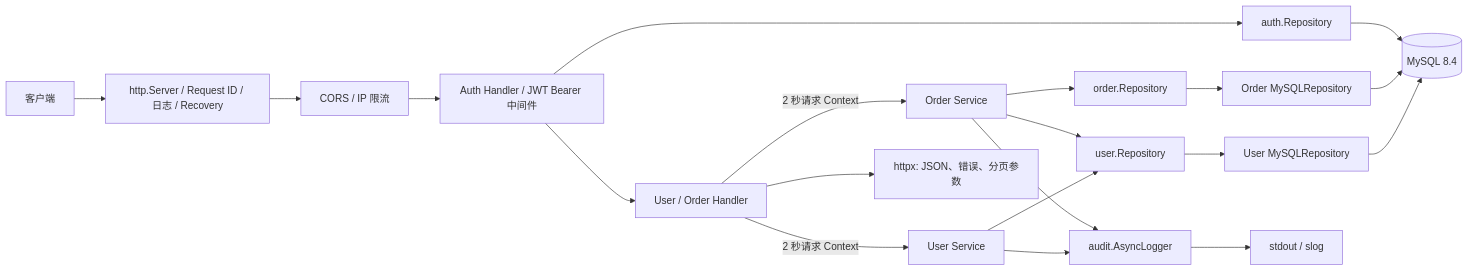
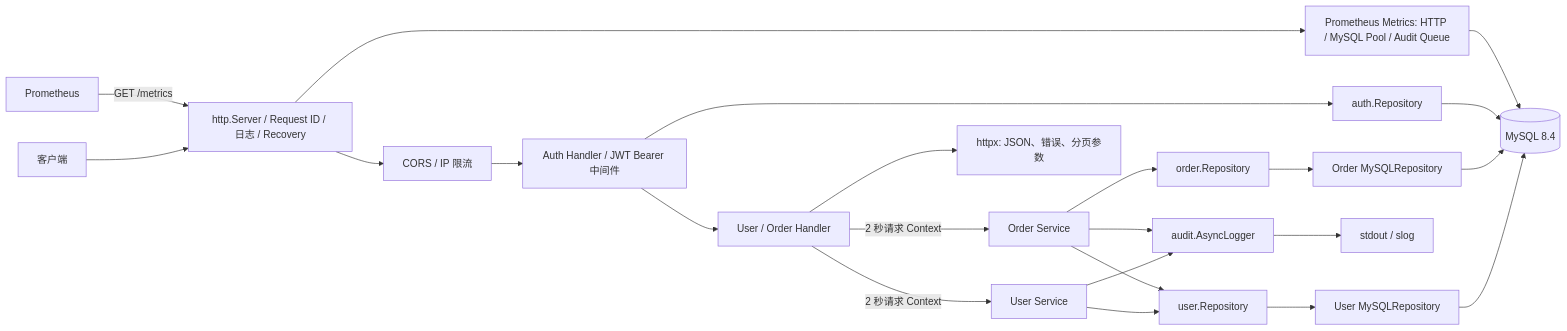
One commit to HillBridge/codex-go-web-api changed the diagram in user-order-api/docs/architecture.md. Above: the diagram before and after it, drawn with Mermaid. The commit also changed other lines of this file and 22 other files, not shown here.

````diff
--- a/user-order-api/docs/architecture.md
+++ b/user-order-api/docs/architecture.md
@@ -9,22 +9,25 @@
 ```mermaid
 flowchart LR
   C[客户端] --> S[http.Server / Request ID / 日志 / Recovery]
+  P[Prometheus] -->|GET /metrics| S
   S --> SEC[CORS / IP 限流]
   SEC --> AH[Auth Handler / JWT Bearer 中间件]
   AH --> H[User / Order Handler]
   H -->|2 秒请求 Context| US[User Service]
   H -->|2 秒请求 Context| OS[Order Service]
   H --> X[httpx: JSON、错误、分页参数]
   US --> UR[user.Repository]
   OS --> OR[order.Repository]
   OS --> UR
   UR --> MR[User MySQLRepository]
   OR --> MOR[Order MySQLRepository]
   MR --> DB[(MySQL 8.4)]
   MOR --> DB
   AH --> AR[auth.Repository]
   AR --> DB
   US --> A[audit.AsyncLogger]
   OS --> A
   A --> L[stdout / slog]
+  S --> M[Prometheus Metrics: HTTP / MySQL Pool / Audit Queue]
+  M --> DB
 ```
````
